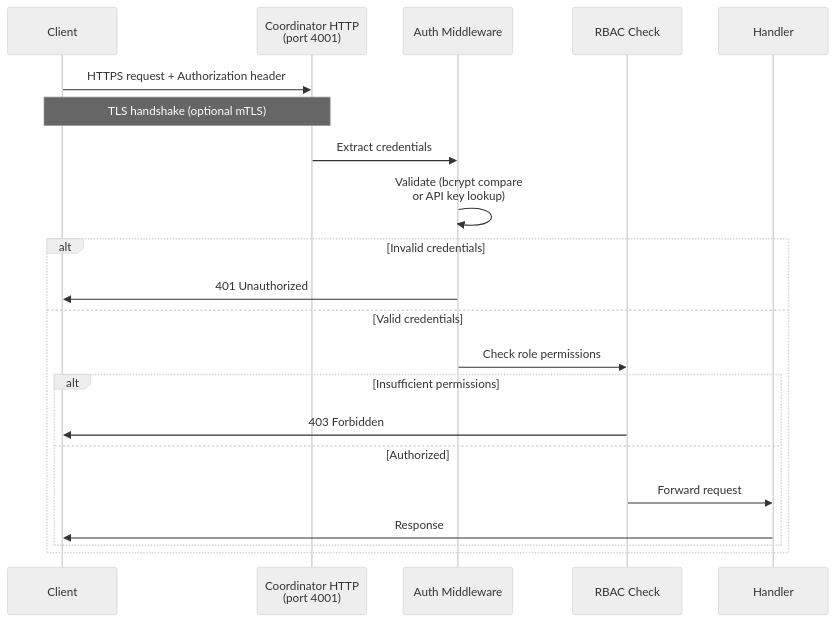
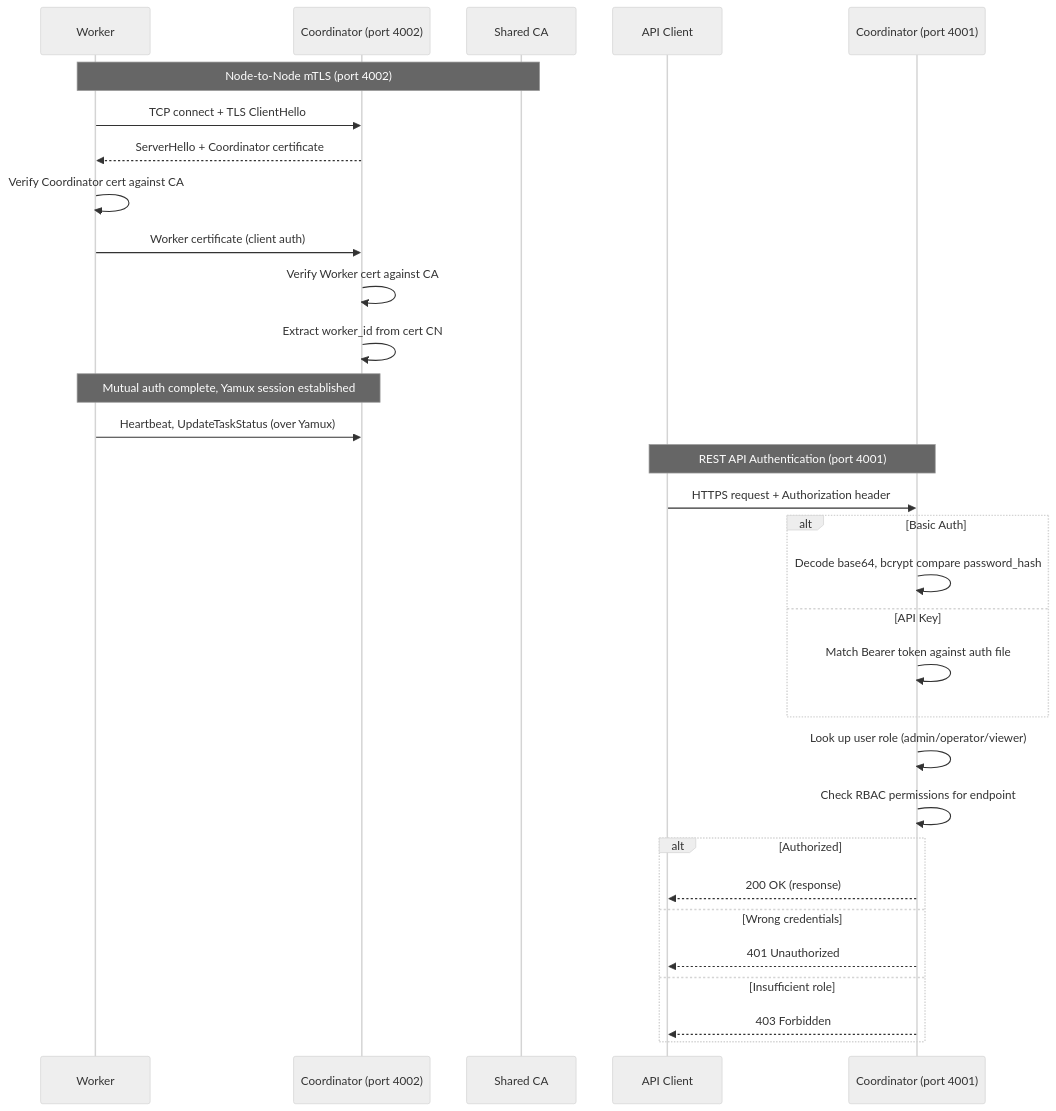
Before and after one commit to tarungka/wire: the diagram in docs/trds/WIP-17/README.md, drawn with Mermaid (neutral theme). The commit also changed other lines of this file and 200 other files, not shown here.

First line of the commit message:
feat: rewrite the entire architecture and the codebase (#148)

````diff
--- a/docs/trds/WIP-17/README.md
+++ b/docs/trds/WIP-17/README.md
@@ -131,24 +135,37 @@
 ```mermaid
 sequenceDiagram
-    participant C as Client
-    participant H as Coordinator HTTP<br/>(port 4001)
-    participant A as Auth Middleware
-    participant R as RBAC Check
-    participant Handler
+    participant W as Worker
+    participant C as Coordinator (port 4002)
+    participant CA as Shared CA
 
-    C->>H: HTTPS request + Authorization header
-    Note over C,H: TLS handshake (optional mTLS)
-    H->>A: Extract credentials
-    A->>A: Validate (bcrypt compare<br/>or API key lookup)
-    alt Invalid credentials
-        A->>C: 401 Unauthorized
-    else Valid credentials
-        A->>R: Check role permissions
-        alt Insufficient permissions
-            R->>C: 403 Forbidden
-        else Authorized
-            R->>Handler: Forward request
-            Handler->>C: Response
-        end
+    Note over W,CA: Node-to-Node mTLS (port 4002)
+    W->>C: TCP connect + TLS ClientHello
+    C-->>W: ServerHello + Coordinator certificate
+    W->>W: Verify Coordinator cert against CA
+    W->>C: Worker certificate (client auth)
+    C->>C: Verify Worker cert against CA
+    C->>C: Extract worker_id from cert CN
+    Note over W,C: Mutual auth complete, Yamux session established
+    W->>C: Heartbeat, UpdateTaskStatus (over Yamux)
+
+    participant Client as API Client
+    participant API as Coordinator (port 4001)
+
+    Note over Client,API: REST API Authentication (port 4001)
+    Client->>API: HTTPS request + Authorization header
+    alt Basic Auth
+        API->>API: Decode base64, bcrypt compare password_hash
+    else API Key
+        API->>API: Match Bearer token against auth file
+    end
+    API->>API: Look up user role (admin/operator/viewer)
+    API->>API: Check RBAC permissions for endpoint
+
+    alt Authorized
+        API-->>Client: 200 OK (response)
+    else Wrong credentials
+        API-->>Client: 401 Unauthorized
+    else Insufficient role
+        API-->>Client: 403 Forbidden
     end
 ```
````
